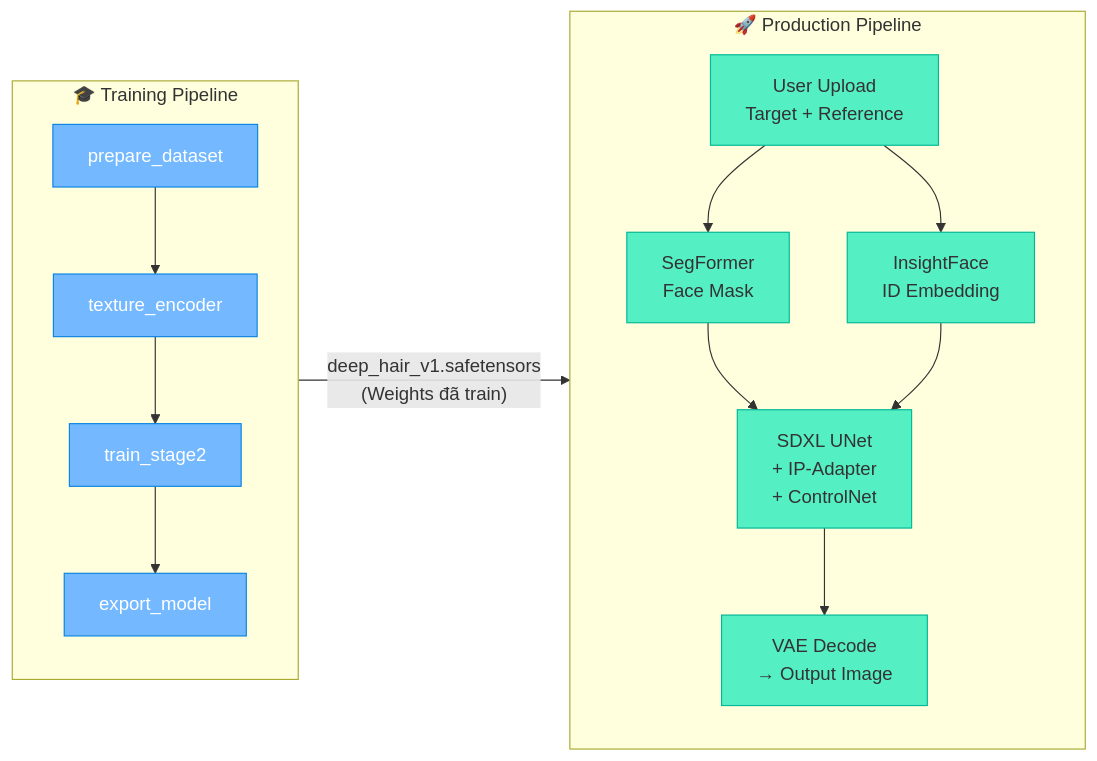
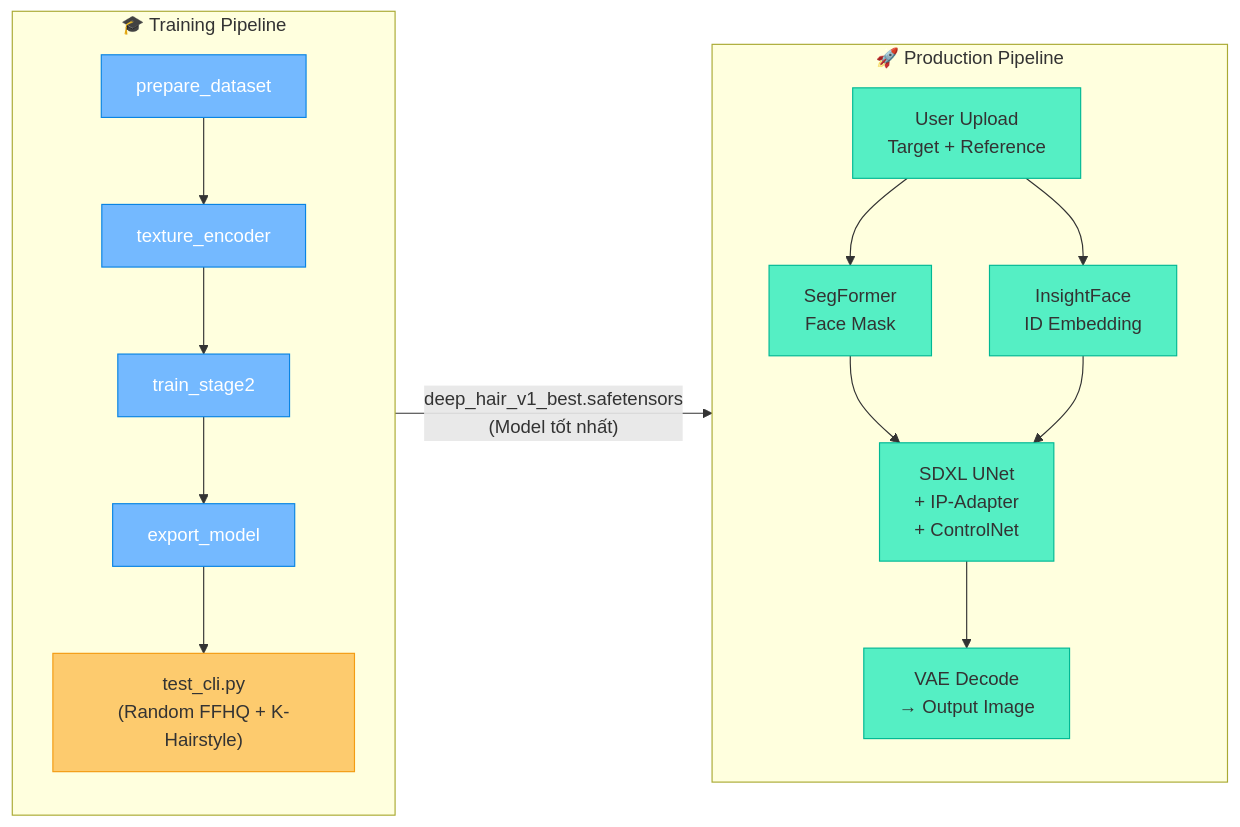
Before and after one commit to Phatjhhoq8/TryHairstyle_Diffusion: the ninth of 9 diagrams in training.md, drawn with Mermaid. The commit also changed other lines of this file, not shown here.

Commit message:
test cli

````diff
--- a/training.md
+++ b/training.md
@@ -375,28 +410,31 @@
 ```mermaid
 flowchart LR
     subgraph TRAINING["🎓 Training Pipeline"]
         direction TB
         T0["prepare_dataset"] --> T1["texture_encoder"]
         T1 --> T2["train_stage2"]
         T2 --> T3["export_model"]
+        T3 --> TEST["test_cli.py\n(Random FFHQ + K-Hairstyle)"]
     end
 
     subgraph PRODUCTION["🚀 Production Pipeline"]
         direction TB
         P1["User Upload\nTarget + Reference"]
         P2["SegFormer\nFace Mask"]
         P3["InsightFace\nID Embedding"]
         P4["SDXL UNet\n+ IP-Adapter\n+ ControlNet"]
         P5["VAE Decode\n→ Output Image"]
         P1 --> P2 --> P4
         P1 --> P3 --> P4
         P4 --> P5
     end
 
-    T3 -->|"deep_hair_v1.safetensors\n(Weights đã train)"| P4
+    T3 -->|"deep_hair_v1_best.safetensors\n(Model tốt nhất)"| P4
 
     classDef training fill:#74b9ff,color:white,stroke:#0984e3;
     classDef prod fill:#55efc4,stroke:#00b894;
+    classDef test fill:#fdcb6e,stroke:#f39c12;
     class T0,T1,T2,T3 training;
     class P1,P2,P3,P4,P5 prod;
+    class TEST test;
 ```
````
